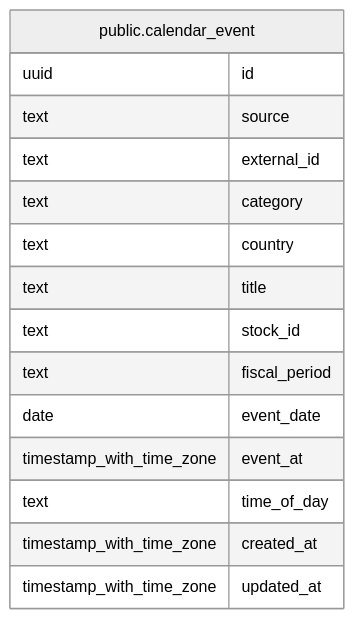
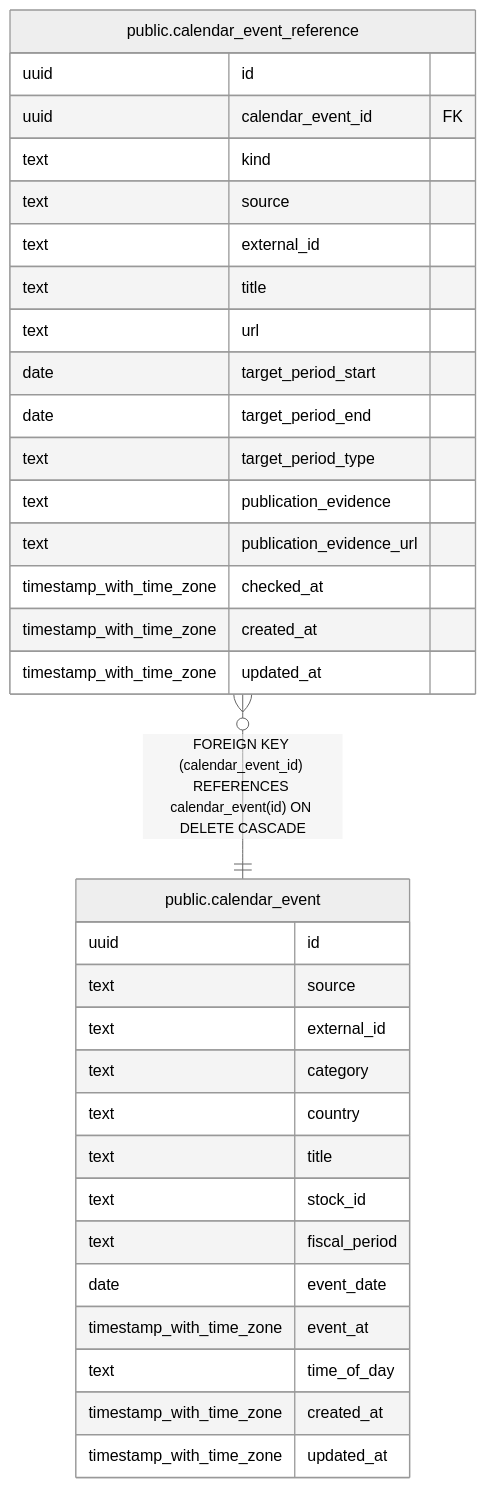
Before and after one commit to fohte/t-rader: the diagram in backend/docs/db/public.calendar_event.md, drawn with Mermaid (neutral theme). The commit also changed other lines of this file and 53 other files, not shown here.

````diff
--- a/backend/docs/db/public.calendar_event.md
+++ b/backend/docs/db/public.calendar_event.md
@@ -54,20 +54,38 @@
 ```mermaid
 erDiagram
 
+"public.calendar_event_reference" }o--|| "public.calendar_event" : "FOREIGN KEY (calendar_event_id) REFERENCES calendar_event(id) ON DELETE CASCADE"
 
 "public.calendar_event" {
   uuid id
   text source
   text external_id
   text category
   text country
   text title
   text stock_id
   text fiscal_period
   date event_date
   timestamp_with_time_zone event_at
   text time_of_day
   timestamp_with_time_zone created_at
   timestamp_with_time_zone updated_at
 }
+"public.calendar_event_reference" {
+  uuid id
+  uuid calendar_event_id FK
+  text kind
+  text source
+  text external_id
+  text title
+  text url
+  date target_period_start
+  date target_period_end
+  text target_period_type
+  text publication_evidence
+  text publication_evidence_url
+  timestamp_with_time_zone checked_at
+  timestamp_with_time_zone created_at
+  timestamp_with_time_zone updated_at
+}
 ```
````
